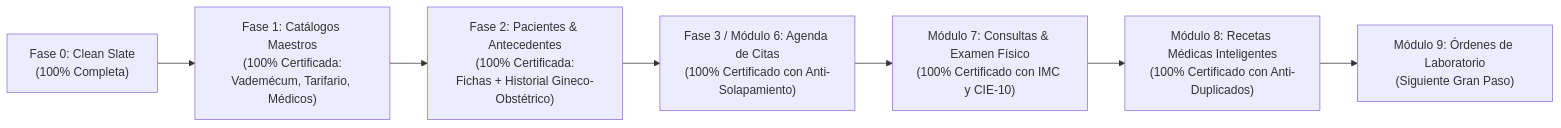
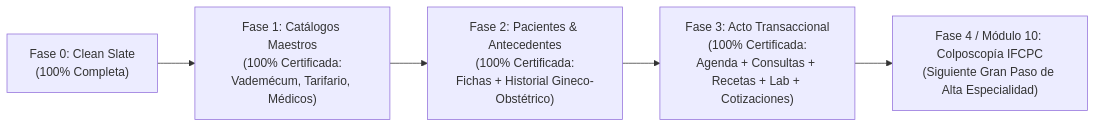
One commit to VinKE3/cendo-demo changed the diagram in docs/PROGRESS.md. Above: the diagram before and after it, drawn with Mermaid. The commit also changed other lines of this file and 16 other files, not shown here.

Commit message:
feat(transaccional): modular architecture for lab orders and procedure quotes with certified cloud persistence and 100% Phase 3 completion

````diff
--- a/docs/PROGRESS.md
+++ b/docs/PROGRESS.md
@@ -23,9 +23,7 @@
 ```mermaid
 flowchart LR
     Fase0["Fase 0: Clean Slate\n(100% Completa)"] --> Fase1["Fase 1: Catálogos Maestros\n(100% Certificada:\nVademécum, Tarifario, Médicos)"]
     Fase1 --> Fase2["Fase 2: Pacientes & Antecedentes\n(100% Certificada:\nFichas + Historial Gineco-Obstétrico)"]
-    Fase2 --> Mod6["Fase 3 / Módulo 6: Agenda de Citas\n(100% Certificado con Anti-Solapamiento)"]
-    Mod6 --> Mod7["Módulo 7: Consultas & Examen Físico\n(100% Certificado con IMC y CIE-10)"]
-    Mod7 --> Mod8["Módulo 8: Recetas Médicas Inteligentes\n(100% Certificado con Anti-Duplicados)"]
-    Mod8 --> Mod9["Módulo 9: Órdenes de Laboratorio\n(Siguiente Gran Paso)"]
+    Fase2 --> Fase3["Fase 3: Acto Transaccional\n(100% Certificada:\nAgenda + Consultas + Recetas + Lab + Cotizaciones)"]
+    Fase3 --> Mod10["Fase 4 / Módulo 10: Colposcopía IFCPC\n(Siguiente Gran Paso de Alta Especialidad)"]
 ```
````
